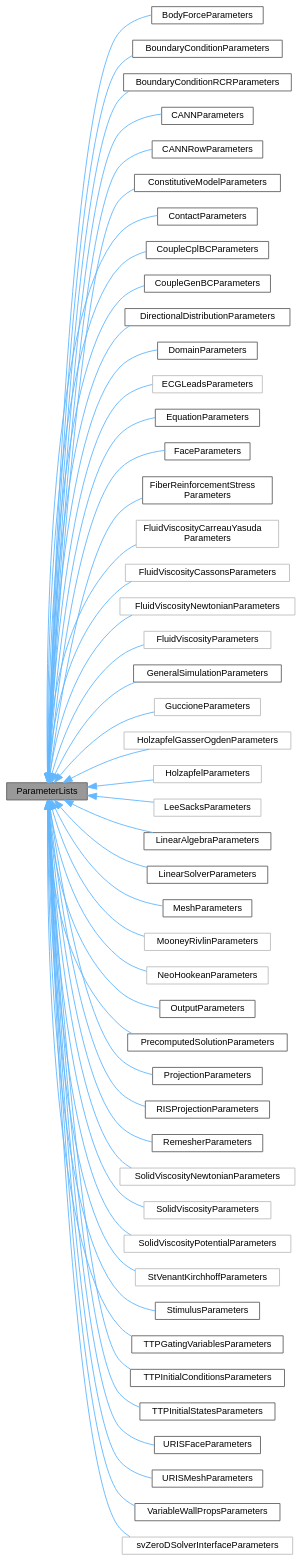
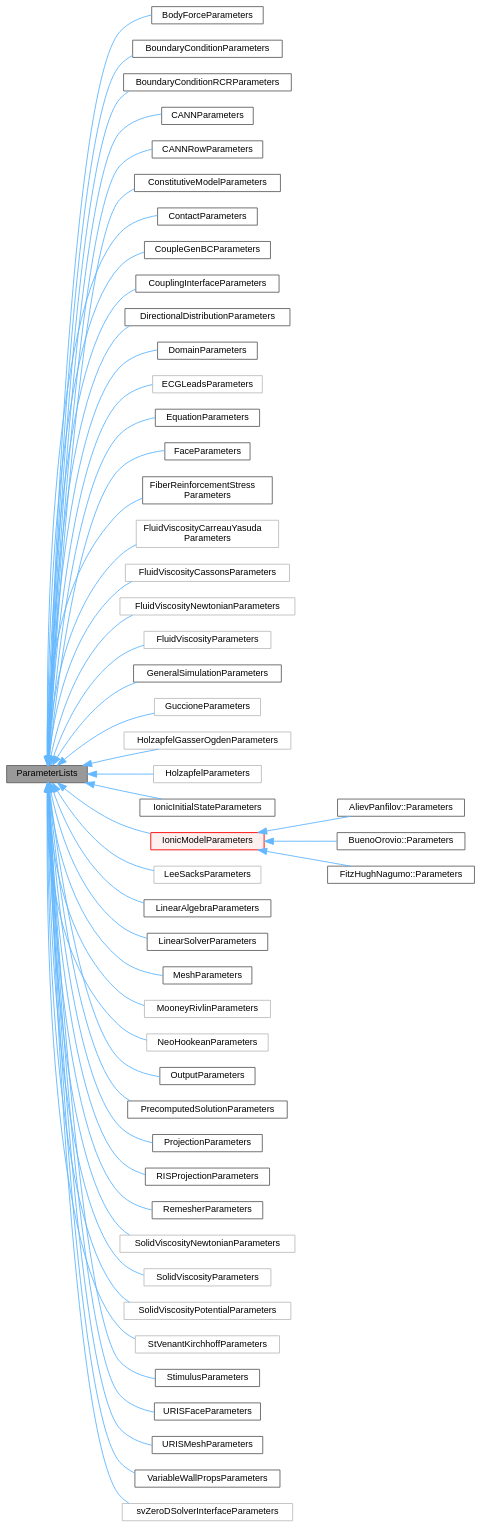
One commit to mrp089/svMultiPhysics changed the diagram in class_parameter_lists__inherit__graph.dot. Above: the diagram before and after it, drawn with Graphviz. The commit also changed 804 other files, not shown here.

```diff
--- a/class_parameter_lists__inherit__graph.dot
+++ b/class_parameter_lists__inherit__graph.dot
@@ -21,9 +21,9 @@
   Node1 -> Node8 [id="edge7_Node000001_Node000008",dir="back",color="steelblue1",style="solid",tooltip=" "];
   Node8 [id="Node000008",label="ContactParameters",height=0.2,width=0.4,color="gray40", fillcolor="white", style="filled",URL="$class_contact_parameters.html",tooltip="The ContactParameters class stores parameters for the 'Contact'' XML element used to specify paramete..."];
   Node1 -> Node9 [id="edge8_Node000001_Node000009",dir="back",color="steelblue1",style="solid",tooltip=" "];
-  Node9 [id="Node000009",label="CoupleCplBCParameters",height=0.2,width=0.4,color="gray40", fillcolor="white", style="filled",URL="$class_couple_cpl_b_c_parameters.html",tooltip="Couple to reduced-order models."];
+  Node9 [id="Node000009",label="CoupleGenBCParameters",height=0.2,width=0.4,color="gray40", fillcolor="white", style="filled",URL="$class_couple_gen_b_c_parameters.html",tooltip="Coupling to GenBC."];
   Node1 -> Node10 [id="edge9_Node000001_Node000010",dir="back",color="steelblue1",style="solid",tooltip=" "];
-  Node10 [id="Node000010",label="CoupleGenBCParameters",height=0.2,width=0.4,color="gray40", fillcolor="white", style="filled",URL="$class_couple_gen_b_c_parameters.html",tooltip="Coupling to GenBC."];
+  Node10 [id="Node000010",label="CouplingInterfaceParameters",height=0.2,width=0.4,color="gray40", fillcolor="white", style="filled",URL="$class_coupling_interface_parameters.html",tooltip="svZeroDSolver coupling options under Add_BC (with Time_dependence Coupled)."];
   Node1 -> Node11 [id="edge10_Node000001_Node000011",dir="back",color="steelblue1",style="solid",tooltip=" "];
   Node11 [id="Node000011",label="DirectionalDistributionParameters",height=0.2,width=0.4,color="gray40", fillcolor="white", style="filled",URL="$class_directional_distribution_parameters.html",tooltip="The DirectionalDistributionParameters class stores directional distribution parameters for active str..."];
   Node1 -> Node12 [id="edge11_Node000001_Node000012",dir="back",color="steelblue1",style="solid",tooltip=" "];
@@ -53,49 +53,53 @@
   Node1 -> Node24 [id="edge23_Node000001_Node000024",dir="back",color="steelblue1",style="solid",tooltip=" "];
   Node24 [id="Node000024",label="HolzapfelParameters",height=0.2,width=0.4,color="grey75", fillcolor="white", style="filled",URL="$class_holzapfel_parameters.html",tooltip=" "];
   Node1 -> Node25 [id="edge24_Node000001_Node000025",dir="back",color="steelblue1",style="solid",tooltip=" "];
-  Node25 [id="Node000025",label="LeeSacksParameters",height=0.2,width=0.4,color="grey75", fillcolor="white", style="filled",URL="$class_lee_sacks_parameters.html",tooltip=" "];
+  Node25 [id="Node000025",label="IonicInitialStateParameters",height=0.2,width=0.4,color="gray40", fillcolor="white", style="filled",URL="$class_ionic_initial_state_parameters.html",tooltip="Generic ionic model initial conditions parameters."];
   Node1 -> Node26 [id="edge25_Node000001_Node000026",dir="back",color="steelblue1",style="solid",tooltip=" "];
-  Node26 [id="Node000026",label="LinearAlgebraParameters",height=0.2,width=0.4,color="gray40", fillcolor="white", style="filled",URL="$class_linear_algebra_parameters.html",tooltip="The LinearAlgebraParameters class stores parameters for the 'Linear_algebra' XML element."];
-  Node1 -> Node27 [id="edge26_Node000001_Node000027",dir="back",color="steelblue1",style="solid",tooltip=" "];
-  Node27 [id="Node000027",label="LinearSolverParameters",height=0.2,width=0.4,color="gray40", fillcolor="white", style="filled",URL="$class_linear_solver_parameters.html",tooltip="The LinearSolverParameters class stores parameters for the 'LS' XML element."];
-  Node1 -> Node28 [id="edge27_Node000001_Node000028",dir="back",color="steelblue1",style="solid",tooltip=" "];
-  Node28 [id="Node000028",label="MeshParameters",height=0.2,width=0.4,color="gray40", fillcolor="white", style="filled",URL="$class_mesh_parameters.html",tooltip="The MeshParameters class is used to store paramaters for the 'Add_mesh' XML element."];
-  Node1 -> Node29 [id="edge28_Node000001_Node000029",dir="back",color="steelblue1",style="solid",tooltip=" "];
-  Node29 [id="Node000029",label="MooneyRivlinParameters",height=0.2,width=0.4,color="grey75", fillcolor="white", style="filled",URL="$class_mooney_rivlin_parameters.html",tooltip=" "];
-  Node1 -> Node30 [id="edge29_Node000001_Node000030",dir="back",color="steelblue1",style="solid",tooltip=" "];
-  Node30 [id="Node000030",label="NeoHookeanParameters",height=0.2,width=0.4,color="grey75", fillcolor="white", style="filled",URL="$class_neo_hookean_parameters.html",tooltip=" "];
-  Node1 -> Node31 [id="edge30_Node000001_Node000031",dir="back",color="steelblue1",style="solid",tooltip=" "];
-  Node31 [id="Node000031",label="OutputParameters",height=0.2,width=0.4,color="gray40", fillcolor="white", style="filled",URL="$class_output_parameters.html",tooltip="The OutputParameters class stores parameters for the Output XML element under Add_equation."];
-  Node1 -> Node32 [id="edge31_Node000001_Node000032",dir="back",color="steelblue1",style="solid",tooltip=" "];
-  Node32 [id="Node000032",label="PrecomputedSolutionParameters",height=0.2,width=0.4,color="gray40", fillcolor="white", style="filled",URL="$class_precomputed_solution_parameters.html",tooltip="The PrecomputedSolutionParameters class stores parameters for the 'Precomputed_solution' XML element ..."];
-  Node1 -> Node33 [id="edge32_Node000001_Node000033",dir="back",color="steelblue1",style="solid",tooltip=" "];
-  Node33 [id="Node000033",label="ProjectionParameters",height=0.2,width=0.4,color="gray40", fillcolor="white", style="filled",URL="$class_projection_parameters.html",tooltip="The ProjectionParameters class stores parameters for the 'Add_projection' XML element used for fluid-..."];
-  Node1 -> Node34 [id="edge33_Node000001_Node000034",dir="back",color="steelblue1",style="solid",tooltip=" "];
-  Node34 [id="Node000034",label="RISProjectionParameters",height=0.2,width=0.4,color="gray40", fillcolor="white", style="filled",URL="$class_r_i_s_projection_parameters.html",tooltip="The RISProjectionParameters class stores parameters for the 'Add_RIS_projection' XML element used for..."];
-  Node1 -> Node35 [id="edge34_Node000001_Node000035",dir="back",color="steelblue1",style="solid",tooltip=" "];
-  Node35 [id="Node000035",label="RemesherParameters",height=0.2,width=0.4,color="gray40", fillcolor="white", style="filled",URL="$class_remesher_parameters.html",tooltip="The RemesherParameters class stores parameters for the 'Remesher' XML element used for remeshing."];
-  Node1 -> Node36 [id="edge35_Node000001_Node000036",dir="back",color="steelblue1",style="solid",tooltip=" "];
-  Node36 [id="Node000036",label="SolidViscosityNewtonianParameters",height=0.2,width=0.4,color="grey75", fillcolor="white", style="filled",URL="$class_solid_viscosity_newtonian_parameters.html",tooltip=" "];
-  Node1 -> Node37 [id="edge36_Node000001_Node000037",dir="back",color="steelblue1",style="solid",tooltip=" "];
-  Node37 [id="Node000037",label="SolidViscosityParameters",height=0.2,width=0.4,color="grey75", fillcolor="white", style="filled",URL="$class_solid_viscosity_parameters.html",tooltip=" "];
-  Node1 -> Node38 [id="edge37_Node000001_Node000038",dir="back",color="steelblue1",style="solid",tooltip=" "];
-  Node38 [id="Node000038",label="SolidViscosityPotentialParameters",height=0.2,width=0.4,color="grey75", fillcolor="white", style="filled",URL="$class_solid_viscosity_potential_parameters.html",tooltip=" "];
-  Node1 -> Node39 [id="edge38_Node000001_Node000039",dir="back",color="steelblue1",style="solid",tooltip=" "];
-  Node39 [id="Node000039",label="StVenantKirchhoffParameters",height=0.2,width=0.4,color="grey75", fillcolor="white", style="filled",URL="$class_st_venant_kirchhoff_parameters.html",tooltip=" "];
-  Node1 -> Node40 [id="edge39_Node000001_Node000040",dir="back",color="steelblue1",style="solid",tooltip=" "];
-  Node40 [id="Node000040",label="StimulusParameters",height=0.2,width=0.4,color="gray40", fillcolor="white", style="filled",URL="$class_stimulus_parameters.html",tooltip="The StimulusParameters class stores parameters for 'Stimulus' XML element used to parameters for pace..."];
-  Node1 -> Node41 [id="edge40_Node000001_Node000041",dir="back",color="steelblue1",style="solid",tooltip=" "];
-  Node41 [id="Node000041",label="TTPGatingVariablesParameters",height=0.2,width=0.4,color="gray40", fillcolor="white", style="filled",URL="$class_t_t_p_gating_variables_parameters.html",tooltip="Stores parameters for the 'Gating_variables' XML element under TTP_initial_conditions."];
-  Node1 -> Node42 [id="edge41_Node000001_Node000042",dir="back",color="steelblue1",style="solid",tooltip=" "];
-  Node42 [id="Node000042",label="TTPInitialConditionsParameters",height=0.2,width=0.4,color="gray40", fillcolor="white", style="filled",URL="$class_t_t_p_initial_conditions_parameters.html",tooltip="Stores parameters for the 'TTP_initial_conditions' XML element under Domain."];
-  Node1 -> Node43 [id="edge42_Node000001_Node000043",dir="back",color="steelblue1",style="solid",tooltip=" "];
-  Node43 [id="Node000043",label="TTPInitialStatesParameters",height=0.2,width=0.4,color="gray40", fillcolor="white", style="filled",URL="$class_t_t_p_initial_states_parameters.html",tooltip="Stores parameters for the 'Initial_states' XML element under TTP_initial_conditions."];
-  Node1 -> Node44 [id="edge43_Node000001_Node000044",dir="back",color="steelblue1",style="solid",tooltip=" "];
-  Node44 [id="Node000044",label="URISFaceParameters",height=0.2,width=0.4,color="gray40", fillcolor="white", style="filled",URL="$class_u_r_i_s_face_parameters.html",tooltip="The URISFaceParameters class is used to store parameters for the 'Add_URIS_face' XML element."];
-  Node1 -> Node45 [id="edge44_Node000001_Node000045",dir="back",color="steelblue1",style="solid",tooltip=" "];
-  Node45 [id="Node000045",label="URISMeshParameters",height=0.2,width=0.4,color="gray40", fillcolor="white", style="filled",URL="$class_u_r_i_s_mesh_parameters.html",tooltip="The URISMeshParameters class is used to store paramaters for the 'Add_URIS_mesh' XML element."];
-  Node1 -> Node46 [id="edge45_Node000001_Node000046",dir="back",color="steelblue1",style="solid",tooltip=" "];
-  Node46 [id="Node000046",label="VariableWallPropsParameters",height=0.2,width=0.4,color="gray40", fillcolor="white", style="filled",URL="$class_variable_wall_props_parameters.html",tooltip="The VariableWallPropsParameters class stores parameters for variable wall properties for the CMM equa..."];
-  Node1 -> Node47 [id="edge46_Node000001_Node000047",dir="back",color="steelblue1",style="solid",tooltip=" "];
-  Node47 [id="Node000047",label="svZeroDSolverInterfaceParameters",height=0.2,width=0.4,color="grey75", fillcolor="white", style="filled",URL="$classsv_zero_d_solver_interface_parameters.html",tooltip=" "];
+  Node26 [id="Node000026",label="IonicModelParameters",height=0.2,width=0.4,color="red", fillcolor="#FFF0F0", style="filled",URL="$class_ionic_model_parameters.html",tooltip="Initial conditions parameters for a generic ionic model."];
+  Node26 -> Node27 [id="edge26_Node000026_Node000027",dir="back",color="steelblue1",style="solid",tooltip=" "];
+  Node27 [id="Node000027",label="AlievPanfilov::Parameters",height=0.2,width=0.4,color="gray40", fillcolor="white", style="filled",URL="$class_aliev_panfilov_1_1_parameters.html",tooltip="Model parameters class."];
+  Node26 -> Node28 [id="edge27_Node000026_Node000028",dir="back",color="steelblue1",style="solid",tooltip=" "];
+  Node28 [id="Node000028",label="BuenoOrovio::Parameters",height=0.2,width=0.4,color="gray40", fillcolor="white", style="filled",URL="$class_bueno_orovio_1_1_parameters.html",tooltip="Model parameters class."];
+  Node26 -> Node29 [id="edge28_Node000026_Node000029",dir="back",color="steelblue1",style="solid",tooltip=" "];
+  Node29 [id="Node000029",label="FitzHughNagumo::Parameters",height=0.2,width=0.4,color="gray40", fillcolor="white", style="filled",URL="$class_fitz_hugh_nagumo_1_1_parameters.html",tooltip="Model parameters class."];
+  Node1 -> Node31 [id="edge29_Node000001_Node000031",dir="back",color="steelblue1",style="solid",tooltip=" "];
+  Node31 [id="Node000031",label="LeeSacksParameters",height=0.2,width=0.4,color="grey75", fillcolor="white", style="filled",URL="$class_lee_sacks_parameters.html",tooltip=" "];
+  Node1 -> Node32 [id="edge30_Node000001_Node000032",dir="back",color="steelblue1",style="solid",tooltip=" "];
+  Node32 [id="Node000032",label="LinearAlgebraParameters",height=0.2,width=0.4,color="gray40", fillcolor="white", style="filled",URL="$class_linear_algebra_parameters.html",tooltip="The LinearAlgebraParameters class stores parameters for the 'Linear_algebra' XML element."];
+  Node1 -> Node33 [id="edge31_Node000001_Node000033",dir="back",color="steelblue1",style="solid",tooltip=" "];
+  Node33 [id="Node000033",label="LinearSolverParameters",height=0.2,width=0.4,color="gray40", fillcolor="white", style="filled",URL="$class_linear_solver_parameters.html",tooltip="The LinearSolverParameters class stores parameters for the 'LS' XML element."];
+  Node1 -> Node34 [id="edge32_Node000001_Node000034",dir="back",color="steelblue1",style="solid",tooltip=" "];
+  Node34 [id="Node000034",label="MeshParameters",height=0.2,width=0.4,color="gray40", fillcolor="white", style="filled",URL="$class_mesh_parameters.html",tooltip="The MeshParameters class is used to store paramaters for the 'Add_mesh' XML element."];
+  Node1 -> Node35 [id="edge33_Node000001_Node000035",dir="back",color="steelblue1",style="solid",tooltip=" "];
+  Node35 [id="Node000035",label="MooneyRivlinParameters",height=0.2,width=0.4,color="grey75", fillcolor="white", style="filled",URL="$class_mooney_rivlin_parameters.html",tooltip=" "];
+  Node1 -> Node36 [id="edge34_Node000001_Node000036",dir="back",color="steelblue1",style="solid",tooltip=" "];
+  Node36 [id="Node000036",label="NeoHookeanParameters",height=0.2,width=0.4,color="grey75", fillcolor="white", style="filled",URL="$class_neo_hookean_parameters.html",tooltip=" "];
+  Node1 -> Node37 [id="edge35_Node000001_Node000037",dir="back",color="steelblue1",style="solid",tooltip=" "];
+  Node37 [id="Node000037",label="OutputParameters",height=0.2,width=0.4,color="gray40", fillcolor="white", style="filled",URL="$class_output_parameters.html",tooltip="The OutputParameters class stores parameters for the Output XML element under Add_equation."];
+  Node1 -> Node38 [id="edge36_Node000001_Node000038",dir="back",color="steelblue1",style="solid",tooltip=" "];
+  Node38 [id="Node000038",label="PrecomputedSolutionParameters",height=0.2,width=0.4,color="gray40", fillcolor="white", style="filled",URL="$class_precomputed_solution_parameters.html",tooltip="The PrecomputedSolutionParameters class stores parameters for the 'Precomputed_solution' XML element ..."];
+  Node1 -> Node39 [id="edge37_Node000001_Node000039",dir="back",color="steelblue1",style="solid",tooltip=" "];
+  Node39 [id="Node000039",label="ProjectionParameters",height=0.2,width=0.4,color="gray40", fillcolor="white", style="filled",URL="$class_projection_parameters.html",tooltip="The ProjectionParameters class stores parameters for the 'Add_projection' XML element used for fluid-..."];
+  Node1 -> Node40 [id="edge38_Node000001_Node000040",dir="back",color="steelblue1",style="solid",tooltip=" "];
+  Node40 [id="Node000040",label="RISProjectionParameters",height=0.2,width=0.4,color="gray40", fillcolor="white", style="filled",URL="$class_r_i_s_projection_parameters.html",tooltip="The RISProjectionParameters class stores parameters for the 'Add_RIS_projection' XML element used for..."];
+  Node1 -> Node41 [id="edge39_Node000001_Node000041",dir="back",color="steelblue1",style="solid",tooltip=" "];
+  Node41 [id="Node000041",label="RemesherParameters",height=0.2,width=0.4,color="gray40", fillcolor="white", style="filled",URL="$class_remesher_parameters.html",tooltip="The RemesherParameters class stores parameters for the 'Remesher' XML element used for remeshing."];
+  Node1 -> Node42 [id="edge40_Node000001_Node000042",dir="back",color="steelblue1",style="solid",tooltip=" "];
+  Node42 [id="Node000042",label="SolidViscosityNewtonianParameters",height=0.2,width=0.4,color="grey75", fillcolor="white", style="filled",URL="$class_solid_viscosity_newtonian_parameters.html",tooltip=" "];
+  Node1 -> Node43 [id="edge41_Node000001_Node000043",dir="back",color="steelblue1",style="solid",tooltip=" "];
+  Node43 [id="Node000043",label="SolidViscosityParameters",height=0.2,width=0.4,color="grey75", fillcolor="white", style="filled",URL="$class_solid_viscosity_parameters.html",tooltip=" "];
+  Node1 -> Node44 [id="edge42_Node000001_Node000044",dir="back",color="steelblue1",style="solid",tooltip=" "];
+  Node44 [id="Node000044",label="SolidViscosityPotentialParameters",height=0.2,width=0.4,color="grey75", fillcolor="white", style="filled",URL="$class_solid_viscosity_potential_parameters.html",tooltip=" "];
+  Node1 -> Node45 [id="edge43_Node000001_Node000045",dir="back",color="steelblue1",style="solid",tooltip=" "];
+  Node45 [id="Node000045",label="StVenantKirchhoffParameters",height=0.2,width=0.4,color="grey75", fillcolor="white", style="filled",URL="$class_st_venant_kirchhoff_parameters.html",tooltip=" "];
+  Node1 -> Node46 [id="edge44_Node000001_Node000046",dir="back",color="steelblue1",style="solid",tooltip=" "];
+  Node46 [id="Node000046",label="StimulusParameters",height=0.2,width=0.4,color="gray40", fillcolor="white", style="filled",URL="$class_stimulus_parameters.html",tooltip="The StimulusParameters class stores parameters for 'Stimulus' XML element used to parameters for pace..."];
+  Node1 -> Node47 [id="edge45_Node000001_Node000047",dir="back",color="steelblue1",style="solid",tooltip=" "];
+  Node47 [id="Node000047",label="URISFaceParameters",height=0.2,width=0.4,color="gray40", fillcolor="white", style="filled",URL="$class_u_r_i_s_face_parameters.html",tooltip="The URISFaceParameters class is used to store parameters for the 'Add_URIS_face' XML element."];
+  Node1 -> Node48 [id="edge46_Node000001_Node000048",dir="back",color="steelblue1",style="solid",tooltip=" "];
+  Node48 [id="Node000048",label="URISMeshParameters",height=0.2,width=0.4,color="gray40", fillcolor="white", style="filled",URL="$class_u_r_i_s_mesh_parameters.html",tooltip="The URISMeshParameters class is used to store paramaters for the 'Add_URIS_mesh' XML element."];
+  Node1 -> Node49 [id="edge47_Node000001_Node000049",dir="back",color="steelblue1",style="solid",tooltip=" "];
+  Node49 [id="Node000049",label="VariableWallPropsParameters",height=0.2,width=0.4,color="gray40", fillcolor="white", style="filled",URL="$class_variable_wall_props_parameters.html",tooltip="The VariableWallPropsParameters class stores parameters for variable wall properties for the CMM equa..."];
+  Node1 -> Node50 [id="edge48_Node000001_Node000050",dir="back",color="steelblue1",style="solid",tooltip=" "];
+  Node50 [id="Node000050",label="svZeroDSolverInterfaceParameters",height=0.2,width=0.4,color="grey75", fillcolor="white", style="filled",URL="$classsv_zero_d_solver_interface_parameters.html",tooltip=" "];
 }
```
